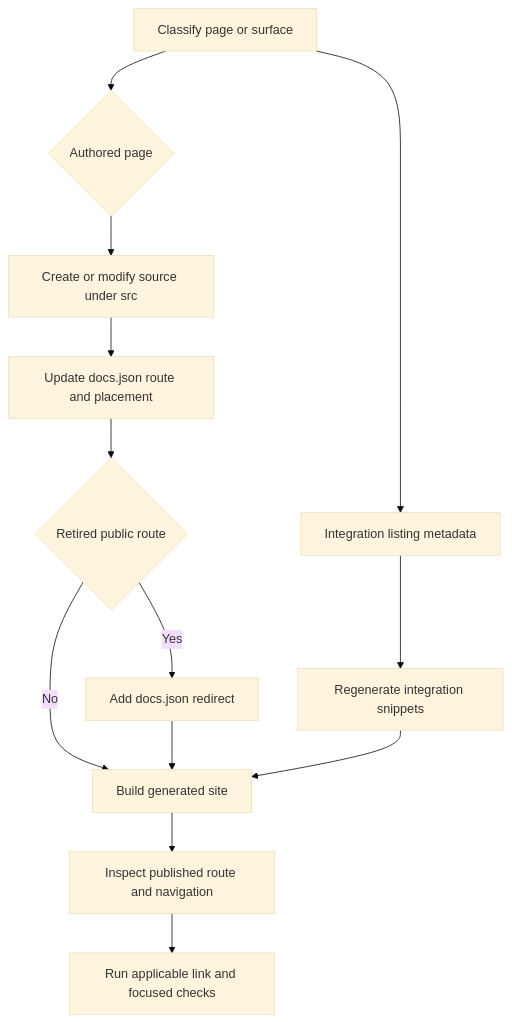
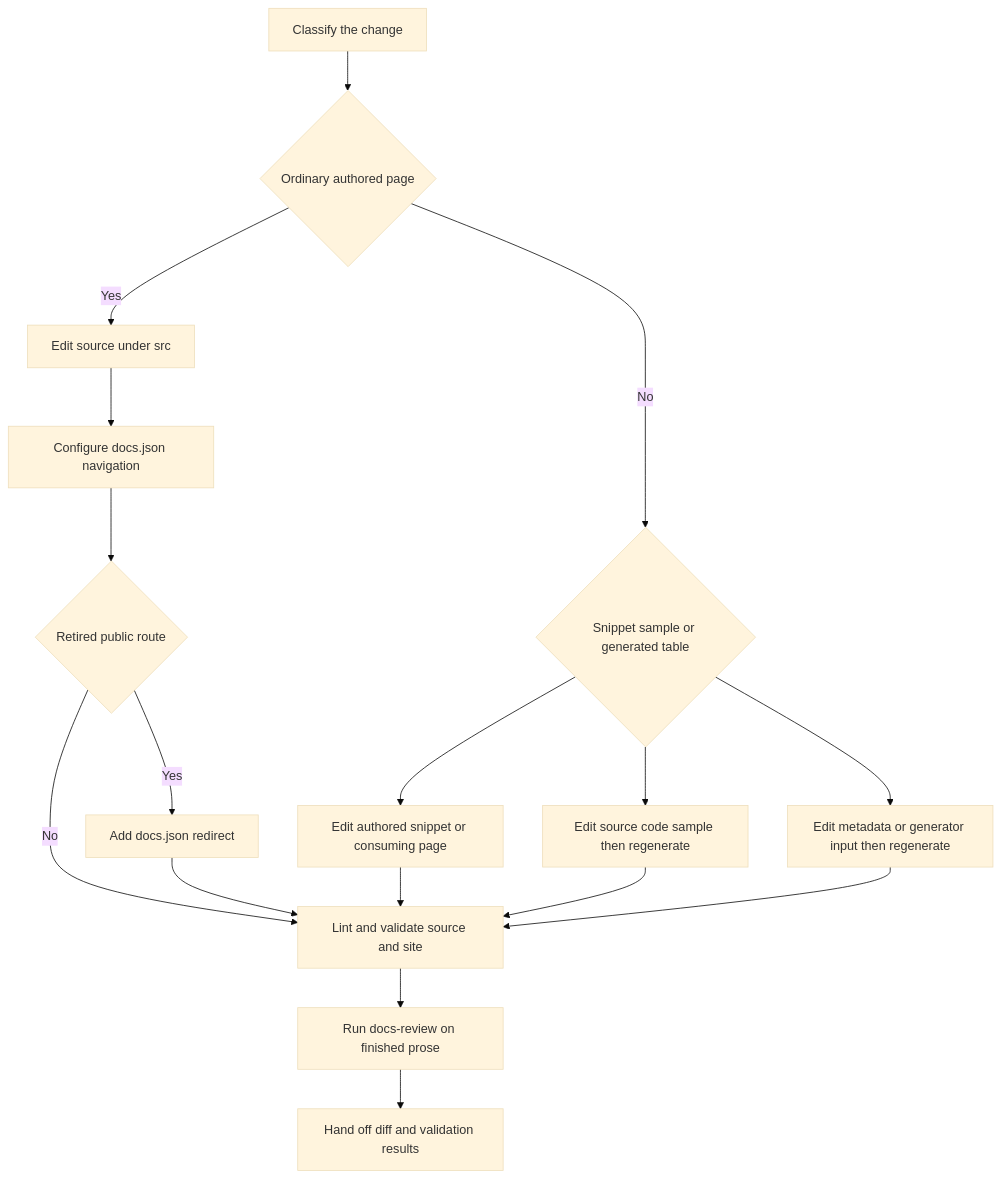
Before and after one commit to langchain-ai/docs: the diagram in openwiki/operations/adding-pages.md, drawn with Mermaid (base theme). The commit also changed other lines of this file and 26 other files, not shown here.

````diff
--- a/openwiki/operations/adding-pages.md
+++ b/openwiki/operations/adding-pages.md
@@ -47,15 +53,19 @@
 ```mermaid
 flowchart TD
-    Classify["Classify page or surface"] --> Authored{"Authored page"}
-    Authored --> Source["Create or modify source under src"]
-    Source --> Navigation["Update docs.json route and placement"]
-    Navigation --> Move{"Retired public route"}
-    Move -->|"Yes"| Redirect["Add docs.json redirect"]
-    Move -->|"No"| Build["Build generated site"]
-    Redirect --> Build
-    Classify --> Listing["Integration listing metadata"]
-    Listing --> Generate["Regenerate integration snippets"]
-    Generate --> Build
-    Build --> Inspect["Inspect published route and navigation"]
-    Inspect --> Checks["Run applicable link and focused checks"]
+    Start["Classify the change"] --> Ordinary{"Ordinary authored page"}
+    Ordinary -->|"Yes"| Page["Edit source under src"]
+    Page --> Nav["Configure docs.json navigation"]
+    Nav --> Retired{"Retired public route"}
+    Retired -->|"Yes"| Redirect["Add docs.json redirect"]
+    Retired -->|"No"| Validate["Lint and validate source and site"]
+    Redirect --> Validate
+    Ordinary -->|"No"| Owner{"Snippet sample or generated table"}
+    Owner --> Snippet["Edit authored snippet or consuming page"]
+    Owner --> Sample["Edit source code sample then regenerate"]
+    Owner --> Table["Edit metadata or generator input then regenerate"]
+    Snippet --> Validate
+    Sample --> Validate
+    Table --> Validate
+    Validate --> Review["Run docs-review on finished prose"]
+    Review --> Handoff["Hand off diff and validation results"]
 ```
````
